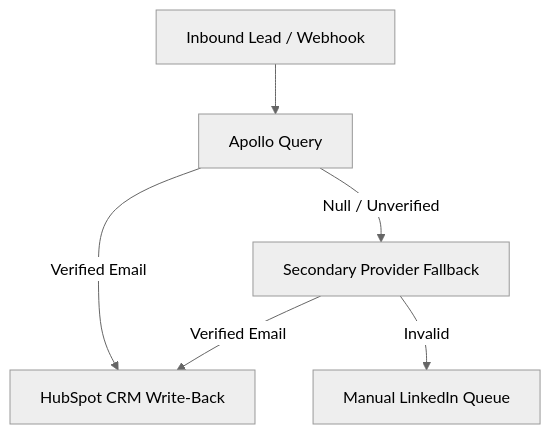
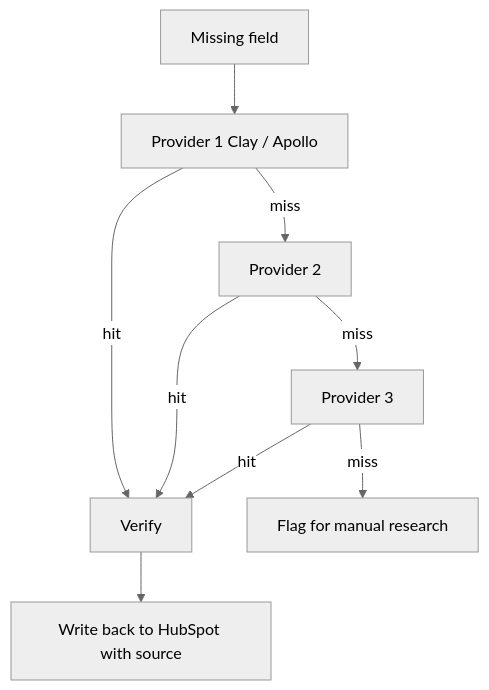
The diagram in src/content/workflows/waterfall-enrichment.md (digital-experts-team/AI-Growth-Portfolio), drawn with Mermaid (neutral theme) before and after one commit. The commit also changed other lines of this file and 15 other files, not shown here.

````diff
--- a/src/content/workflows/waterfall-enrichment.md
+++ b/src/content/workflows/waterfall-enrichment.md
@@ -40,8 +48,11 @@
 ```mermaid
 graph TD
-    A[Inbound Lead / Webhook] --> B[Apollo Query]
-    B -->|Verified Email| C[HubSpot CRM Write-Back]
-    B -->|Null / Unverified| D[Secondary Provider Fallback]
-    D -->|Verified Email| C
-    D -->|Invalid| E[Manual LinkedIn Queue]
+    A[Missing field] --> B[Provider 1 Clay / Apollo]
+    B -->|hit| C[Verify]
+    B -->|miss| D[Provider 2]
+    D -->|hit| C
+    D -->|miss| E[Provider 3]
+    E -->|hit| C
+    E -->|miss| F[Flag for manual research]
+    C --> G[Write back to HubSpot with source]
 ```
````
